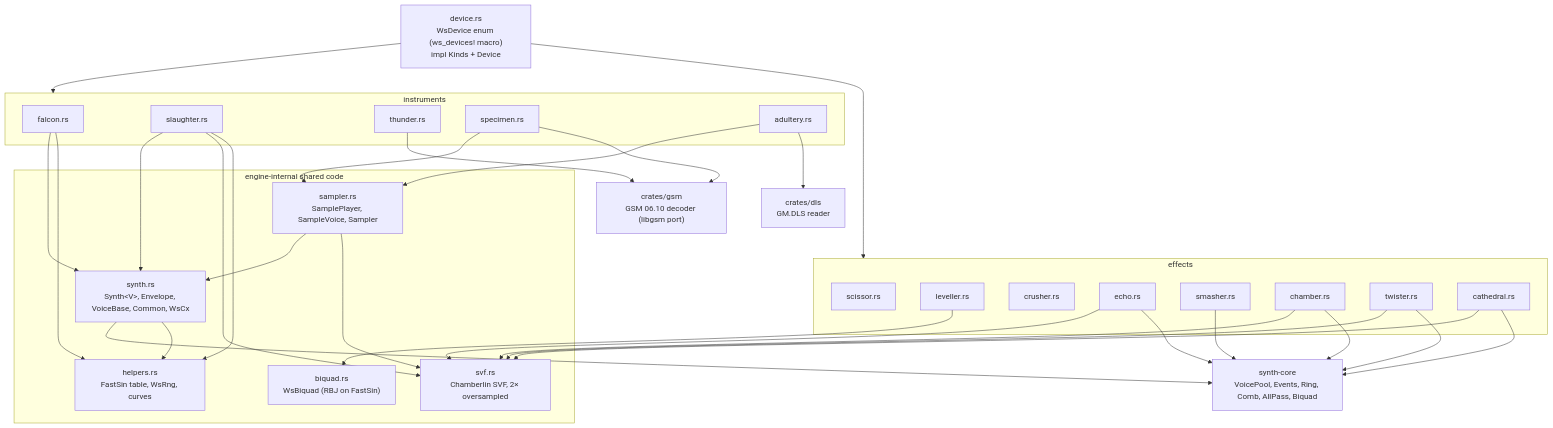
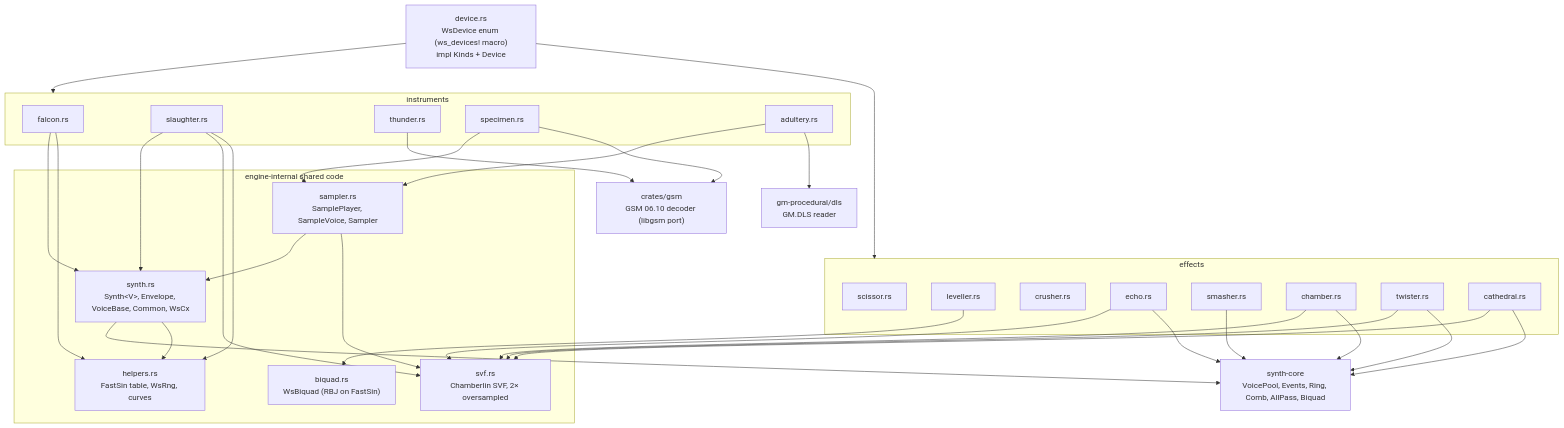
Before and after one commit to unisynth/unisynth: the first of 16 diagrams in docs/synth/wavesabre.md, drawn with Mermaid. The commit also changed 3 other files, not shown here.

Commit message:
Move procedural GM bank to github.com/robertcsakany/gm-procedural: dls, gmgen, gmfit, assets/gm*, tools/gm-songs, docs, research, openspec changes (add-procedural-gm-bank, add-gmplus-bank, add-wav-resynthesis) and gm-sound-bank spec; dls + gmgen now pinned git workspace deps

````diff
--- a/docs/synth/wavesabre.md
+++ b/docs/synth/wavesabre.md
@@ -37,42 +37,42 @@
 ```mermaid
 flowchart TB
     dev["device.rs<br/>WsDevice enum (ws_devices! macro)<br/>impl Kinds + Device"]
     subgraph shared["engine-internal shared code"]
         helpers["helpers.rs<br/>FastSin table, WsRng, curves"]
         synth["synth.rs<br/>Synth&lt;V&gt;, Envelope, VoiceBase, Common, WsCx"]
         svf["svf.rs<br/>Chamberlin SVF, 2× oversampled"]
         wsbq["biquad.rs<br/>WsBiquad (RBJ on FastSin)"]
         sampler["sampler.rs<br/>SamplePlayer, SampleVoice, Sampler"]
     end
     gsm["crates/gsm<br/>GSM 06.10 decoder (libgsm port)"]
     subgraph inst["instruments"]
         falcon["falcon.rs"]
         slaughter["slaughter.rs"]
         thunder["thunder.rs"]
         specimen["specimen.rs"]
         adultery["adultery.rs"]
     end
     subgraph fx["effects"]
         scissor["scissor.rs"]
         leveller["leveller.rs"]
         crusher["crusher.rs"]
         echo["echo.rs"]
         smasher["smasher.rs"]
         chamber["chamber.rs"]
         twister["twister.rs"]
         cathedral["cathedral.rs"]
     end
     core["synth-core<br/>VoicePool, Events, Ring, Comb, AllPass, Biquad"]
-    dls["crates/dls<br/>GM.DLS reader"]
+    dls["gm-procedural/dls<br/>GM.DLS reader"]
 
     dev --> inst & fx
     falcon & slaughter --> synth
     specimen & adultery --> sampler --> synth
     thunder & specimen --> gsm
     adultery --> dls
     slaughter & sampler & echo & chamber & twister & cathedral --> svf
     leveller --> wsbq
     synth --> core
     echo & chamber & smasher & twister & cathedral --> core
     synth & falcon & slaughter --> helpers
 ```
````
